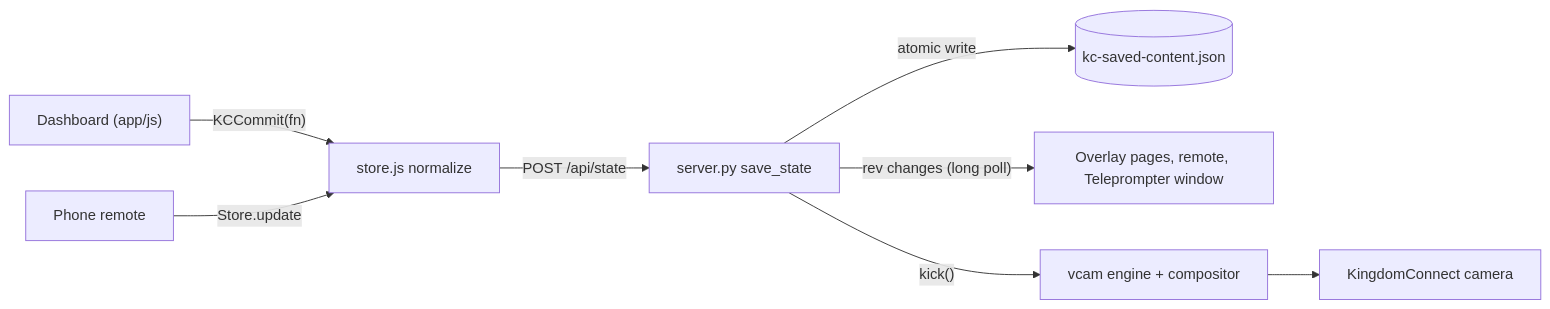
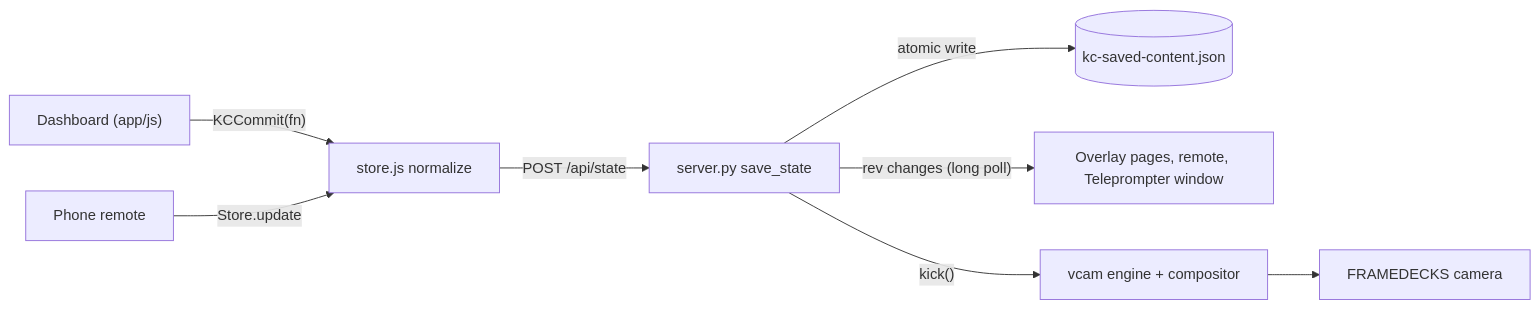
Before and after one commit to mshobin/FrameDecks: the diagram in docs/contributing.md, drawn with Mermaid. The commit also changed other lines of this file and 151 other files, not shown here.

````diff
--- a/docs/contributing.md
+++ b/docs/contributing.md
@@ -111,10 +111,10 @@
 ```mermaid
 flowchart LR
   UI["Dashboard (app/js)"] -- "KCCommit(fn)" --> Store["store.js normalize"]
   Remote["Phone remote"] -- "Store.update" --> Store
   Store -- "POST /api/state" --> Server["server.py save_state"]
   Server -- "atomic write" --> File[("kc-saved-content.json")]
   Server -- "rev changes (long poll)" --> Pages["Overlay pages, remote, Teleprompter window"]
   Server -- "kick()" --> Engine["vcam engine + compositor"]
-  Engine --> Cam["KingdomConnect camera"]
+  Engine --> Cam["FRAMEDECKS camera"]
 ```
````
